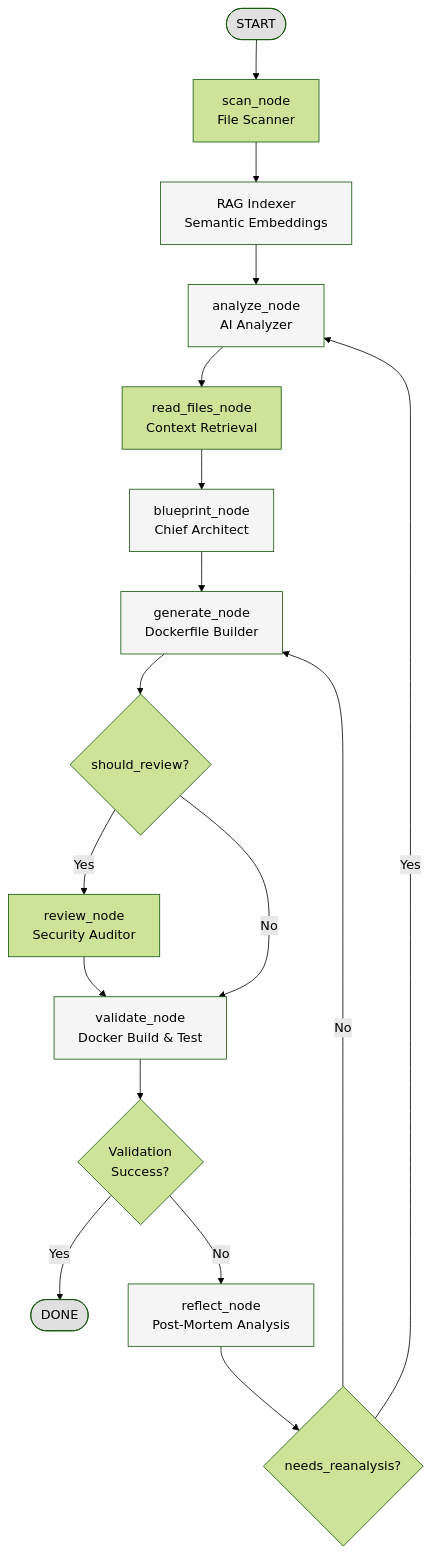
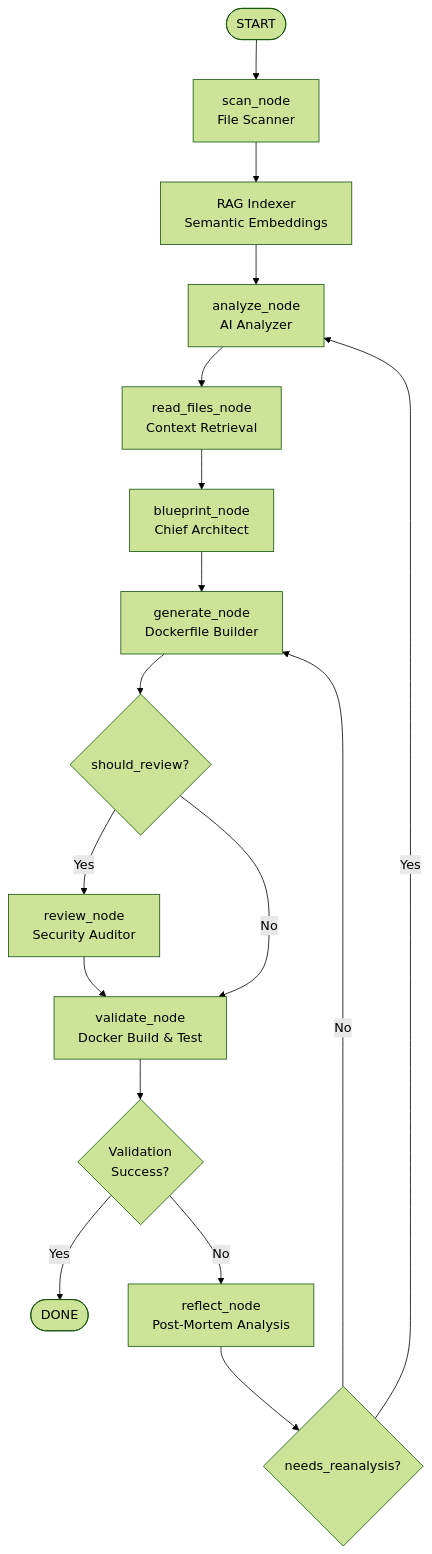
The diagram in README.md (actions-marketplace-validations/itzzjb_dockai), drawn with Mermaid (forest theme) before and after one commit.

Commit message:
docs: remove Mermaid diagram styling from README.md

````diff
--- a/README.md
+++ b/README.md
@@ -57,28 +57,19 @@
 ```mermaid
 flowchart TD
     Start([START]) --> Scan[scan_node<br/>File Scanner]
     Scan --> RAG[RAG Indexer<br/>Semantic Embeddings]
     RAG --> Analyze[analyze_node<br/>AI Analyzer]
     Analyze --> Read[read_files_node<br/>Context Retrieval]
     Read --> Blueprint[blueprint_node<br/>Chief Architect]
     Blueprint --> Generate[generate_node<br/>Dockerfile Builder]
     Generate --> Review{should_review?}
     Review -->|Yes| ReviewNode[review_node<br/>Security Auditor]
     Review -->|No| Validate
     ReviewNode --> Validate[validate_node<br/>Docker Build & Test]
     Validate --> Success{Validation<br/>Success?}
     Success -->|Yes| Done([DONE])
     Success -->|No| Reflect[reflect_node<br/>Post-Mortem Analysis]
     Reflect --> Decision{needs_reanalysis?}
     Decision -->|Yes| Analyze
     Decision -->|No| Generate
-    
-    style Start fill:#e0e0e0
-    style Done fill:#e0e0e0
-    style RAG fill:#f5f5f5
-    style Analyze fill:#f5f5f5
-    style Blueprint fill:#f5f5f5
-    style Generate fill:#f5f5f5
-    style Validate fill:#f5f5f5
-    style Reflect fill:#f5f5f5
 ```
````
